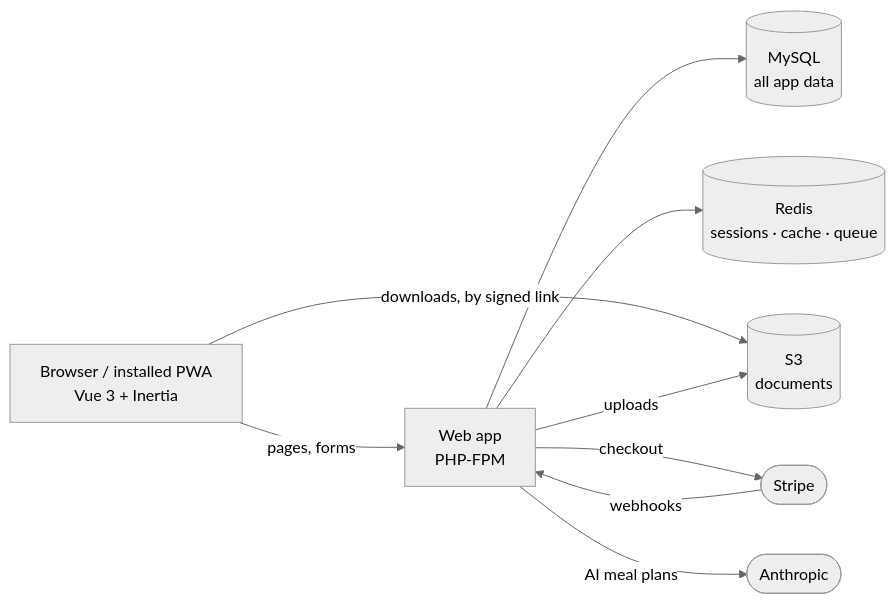
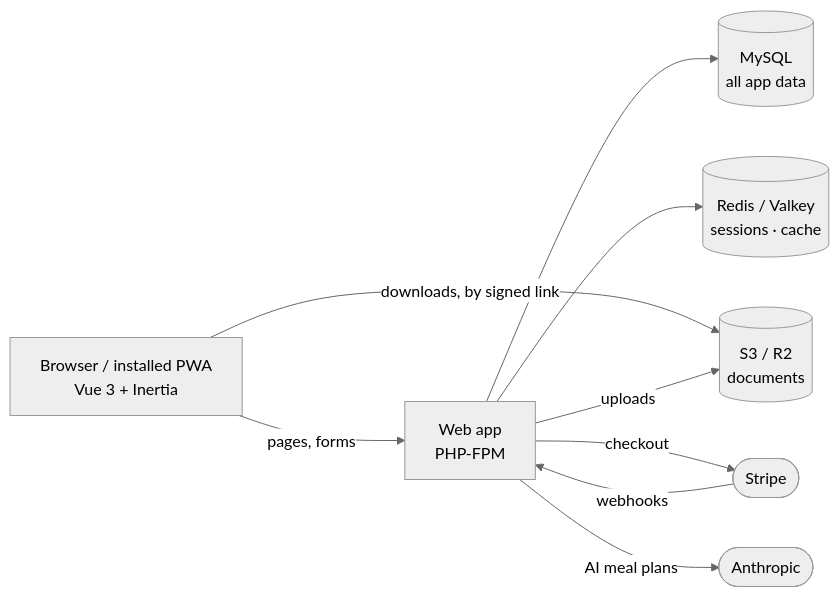
One commit to owensanders/ryh changed the first of 5 diagrams in README.md. Above: the diagram before and after it, drawn with Mermaid (neutral theme). The commit also changed other lines of this file and 5 other files, not shown here.

````diff
--- a/README.md
+++ b/README.md
@@ -159,19 +159,19 @@
 ```mermaid
 flowchart LR
     browser["Browser / installed PWA<br/>Vue 3 + Inertia"]
     web["Web app<br/>PHP-FPM"]
     mysql[("MySQL<br/>all app data")]
-    redis[("Redis<br/>sessions · cache · queue")]
-    s3[("S3<br/>documents")]
+    redis[("Redis / Valkey<br/>sessions · cache")]
+    s3[("S3 / R2<br/>documents")]
     stripe(["Stripe"])
     anthropic(["Anthropic"])
 
     browser -->|"pages, forms"| web
     browser -->|"downloads, by signed link"| s3
     web --> mysql
     web --> redis
     web -->|"uploads"| s3
     web -->|"checkout"| stripe
     stripe -->|"webhooks"| web
     web -->|"AI meal plans"| anthropic
 ```
````
